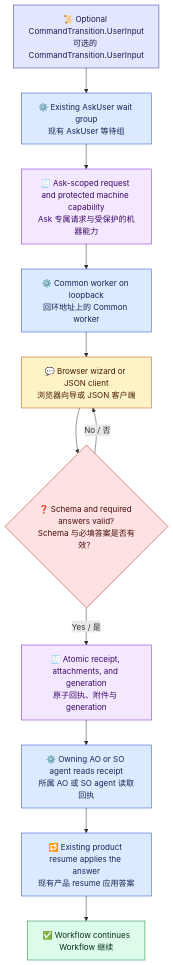
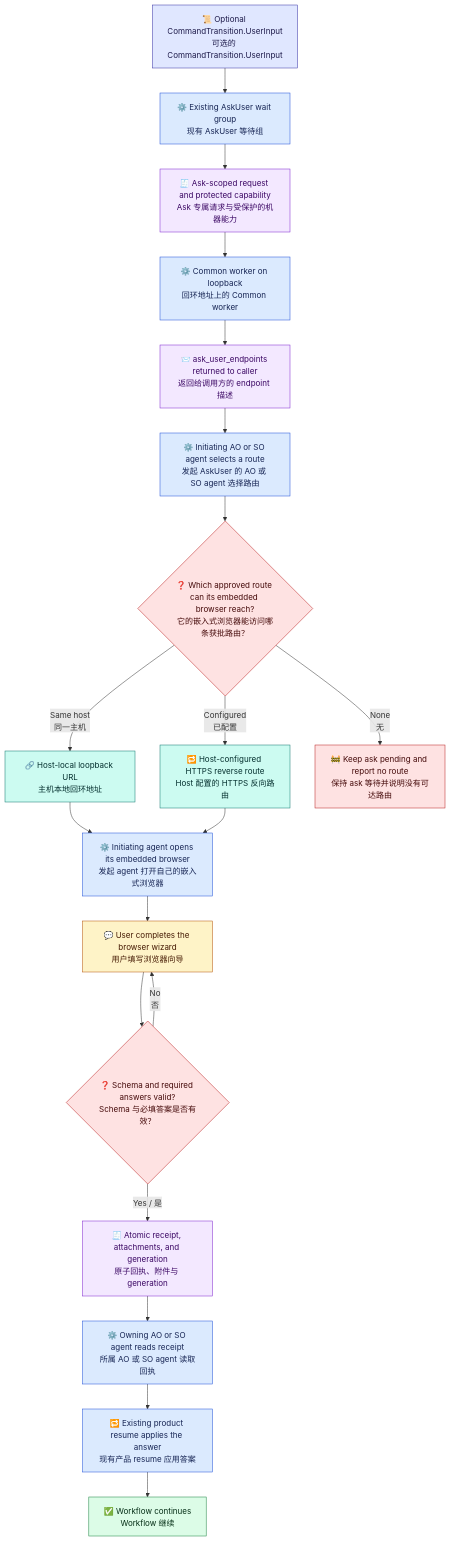
One commit to waynebaby/Techne-Loom changed the diagram in docs/zh-cn/architecture/ask-user-design.md. Above: the diagram before and after it, drawn with Mermaid. The commit also changed other lines of this file and 36 other files, not shown here.

Commit message:
feat: add runtime-backed AskUser web forms

````diff
--- a/docs/zh-cn/architecture/ask-user-design.md
+++ b/docs/zh-cn/architecture/ask-user-design.md
@@ -17,26 +17,38 @@
 ```mermaid
 flowchart TD
     CONTRACT["📜 Optional CommandTransition.UserInput<br/>可选的 CommandTransition.UserInput"] --> WAIT["⚙️ Existing AskUser wait group<br/>现有 AskUser 等待组"]
-    WAIT --> REQUEST["🧾 Ask-scoped request and protected machine capability<br/>Ask 专属请求与受保护的机器能力"]
+    WAIT --> REQUEST["🧾 Ask-scoped request and protected capability<br/>Ask 专属请求与受保护的机器能力"]
     REQUEST --> WORKER["⚙️ Common worker on loopback<br/>回环地址上的 Common worker"]
-    WORKER --> CLIENT["💬 Browser wizard or JSON client<br/>浏览器向导或 JSON 客户端"]
+    WORKER --> ENDPOINT["📨 ask_user_endpoints returned to caller<br/>返回给调用方的 endpoint 描述"]
+    ENDPOINT --> AGENT["⚙️ Initiating AO or SO agent selects a route<br/>发起 AskUser 的 AO 或 SO agent 选择路由"]
+    AGENT --> ROUTE{"❓ Which approved route can its embedded browser reach?<br/>它的嵌入式浏览器能访问哪条获批路由？"}
+    ROUTE -- "Same host<br/>同一主机" --> LOOPBACK["🔗 Host-local loopback URL<br/>主机本地回环地址"]
+    ROUTE -- "Configured<br/>已配置" --> REVERSE["🔁 Host-configured HTTPS reverse route<br/>Host 配置的 HTTPS 反向路由"]
+    ROUTE -- "None<br/>无" --> UNAVAILABLE["🚧 Keep ask pending and report no route<br/>保持 ask 等待并说明没有可达路由"]
+    LOOPBACK --> OPEN["⚙️ Initiating agent opens its embedded browser<br/>发起 agent 打开自己的嵌入式浏览器"]
+    REVERSE --> OPEN
+    OPEN --> CLIENT["💬 User completes the browser wizard<br/>用户填写浏览器向导"]
     CLIENT --> VALIDATE{"❓ Schema and required answers valid?<br/>Schema 与必填答案是否有效？"}
-    VALIDATE -- "No / 否" --> CLIENT
+    VALIDATE -- "No<br/>否" --> CLIENT
     VALIDATE -- "Yes / 是" --> RECEIPT["🧾 Atomic receipt, attachments, and generation<br/>原子回执、附件与 generation"]
-    RECEIPT --> AGENT["⚙️ Owning AO or SO agent reads receipt<br/>所属 AO 或 SO agent 读取回执"]
-    AGENT --> RESUME["🔁 Existing product resume applies the answer<br/>现有产品 resume 应用答案"]
+    RECEIPT --> OWNER["⚙️ Owning AO or SO agent reads receipt<br/>所属 AO 或 SO agent 读取回执"]
+    OWNER --> RESUME["🔁 Existing product resume applies the answer<br/>现有产品 resume 应用答案"]
     RESUME --> DONE["✅ Workflow continues<br/>Workflow 继续"]
 
     classDef contract fill:#e0e7ff,stroke:#3730a3,color:#1e1b4b;
     classDef runtime fill:#dbeafe,stroke:#1d4ed8,color:#172554;
     classDef user fill:#fef3c7,stroke:#b45309,color:#451a03;
     classDef evidence fill:#f3e8ff,stroke:#7e22ce,color:#3b0764;
     classDef decision fill:#fee2e2,stroke:#b91c1c,color:#450a0a;
+    classDef route fill:#ccfbf1,stroke:#0f766e,color:#042f2e;
+    classDef blocked fill:#fee2e2,stroke:#b91c1c,color:#450a0a;
     classDef complete fill:#dcfce7,stroke:#15803d,color:#052e16;
     class CONTRACT contract;
-    class WAIT,WORKER,AGENT,RESUME runtime;
+    class WAIT,WORKER,AGENT,OPEN,OWNER,RESUME runtime;
     class CLIENT user;
-    class REQUEST,RECEIPT evidence;
-    class VALIDATE decision;
+    class REQUEST,ENDPOINT,RECEIPT evidence;
+    class ROUTE,VALIDATE decision;
+    class LOOPBACK,REVERSE route;
+    class UNAVAILABLE blocked;
     class DONE complete;
 ```
````
